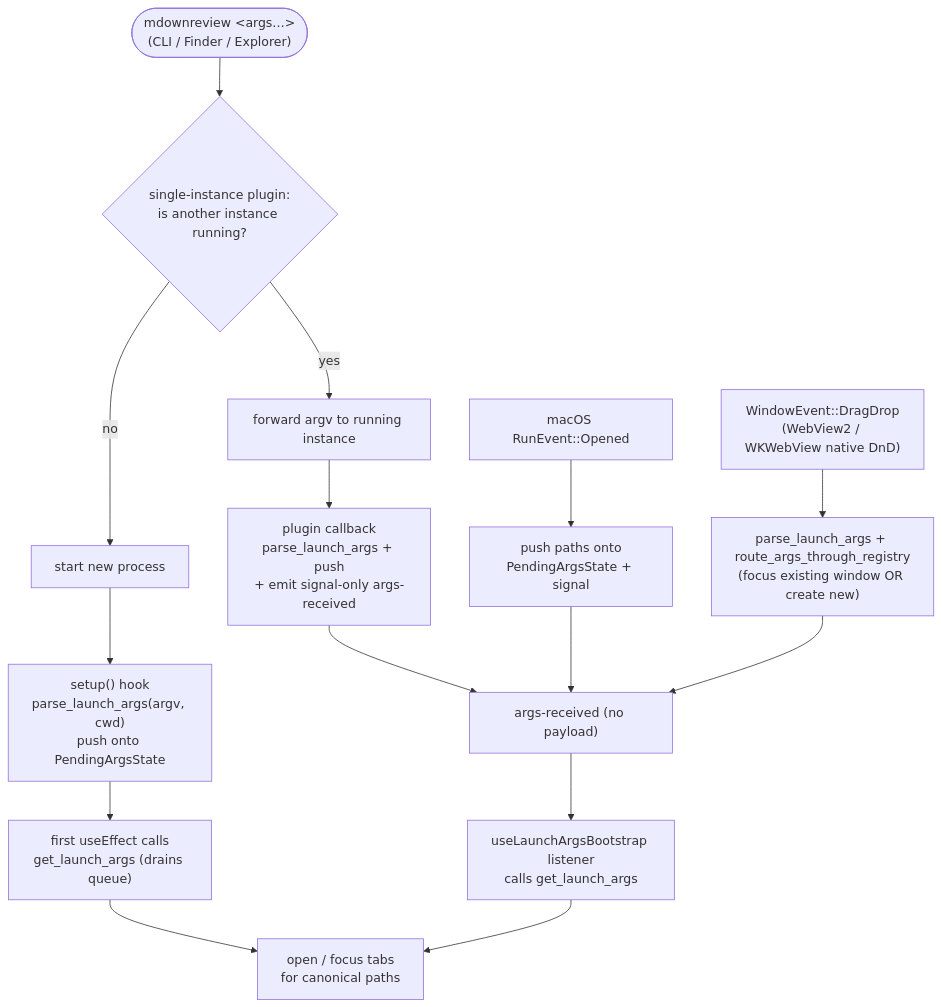
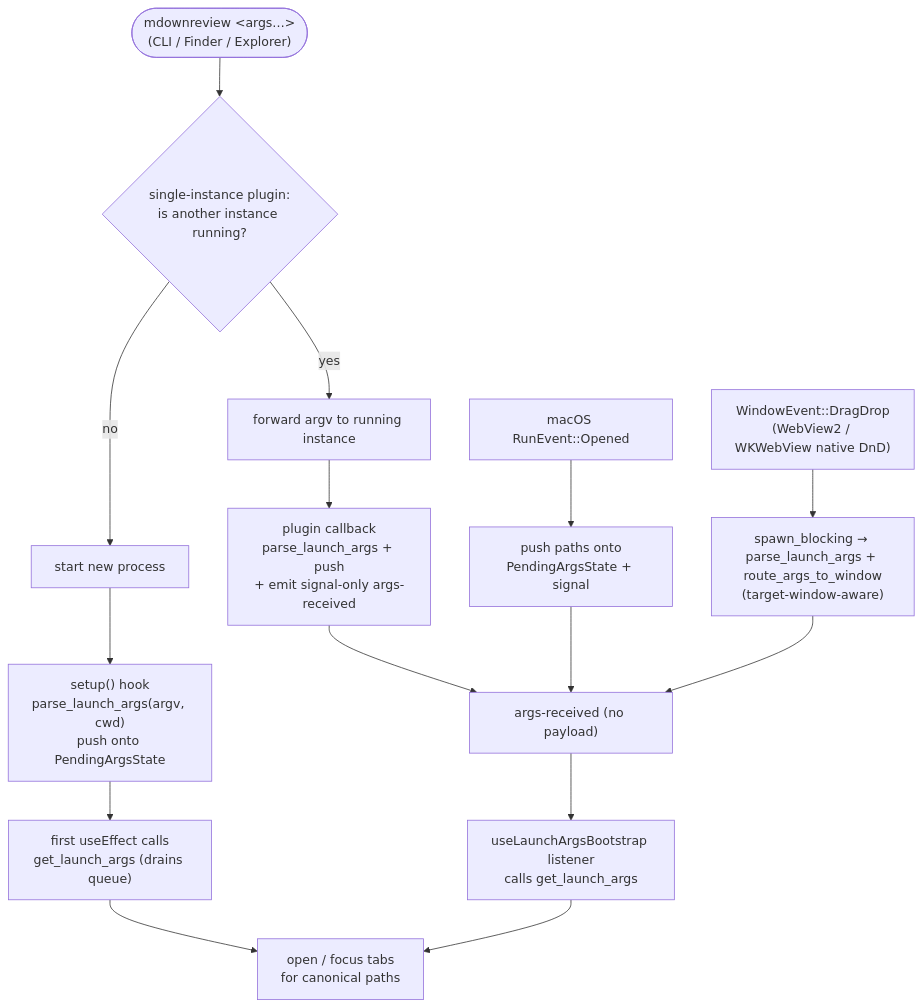
The diagram in docs/features/cli-and-associations.md (dryotta/mDown-reView), drawn with Mermaid before and after one commit. The commit also changed other lines of this file and 34 other files, not shown here.

````diff
--- a/docs/features/cli-and-associations.md
+++ b/docs/features/cli-and-associations.md
@@ -50,17 +52,17 @@
 ```mermaid
 flowchart TD
     Launch(["mdownreview &lt;args…&gt;<br/>(CLI / Finder / Explorer)"]) --> SI{"single-instance plugin:<br/>is another instance running?"}
     SI -- "no" --> Spawn["start new process"]
     SI -- "yes" --> Forward["forward argv to running instance"]
     Spawn --> Init["setup() hook<br/>parse_launch_args(argv, cwd)<br/>push onto PendingArgsState"]
     Forward --> Push2["plugin callback<br/>parse_launch_args + push<br/>+ emit signal-only args-received"]
     Push2 --> ArgsEvt["args-received (no payload)"]
     Mac["macOS RunEvent::Opened"] --> Push3["push paths onto<br/>PendingArgsState + signal"]
     Push3 --> ArgsEvt
-    Drop["WindowEvent::DragDrop<br/>(WebView2 / WKWebView native DnD)"] --> Push4["parse_launch_args + route_args_through_registry<br/>(focus existing window OR create new)"]
+    Drop["WindowEvent::DragDrop<br/>(WebView2 / WKWebView native DnD)"] --> Push4["spawn_blocking → parse_launch_args + route_args_to_window<br/>(target-window-aware)"]
     Push4 --> ArgsEvt
     Init --> First["first useEffect calls<br/>get_launch_args (drains queue)"]
     ArgsEvt --> Listener["useLaunchArgsBootstrap listener<br/>calls get_launch_args"]
     First --> Open["open / focus tabs<br/>for canonical paths"]
     Listener --> Open
 ```
````
